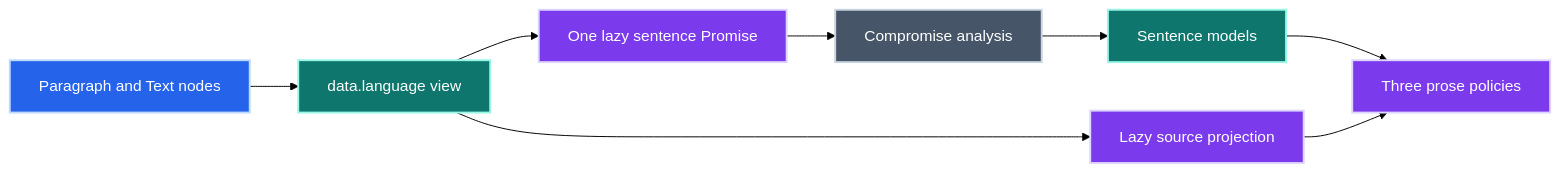
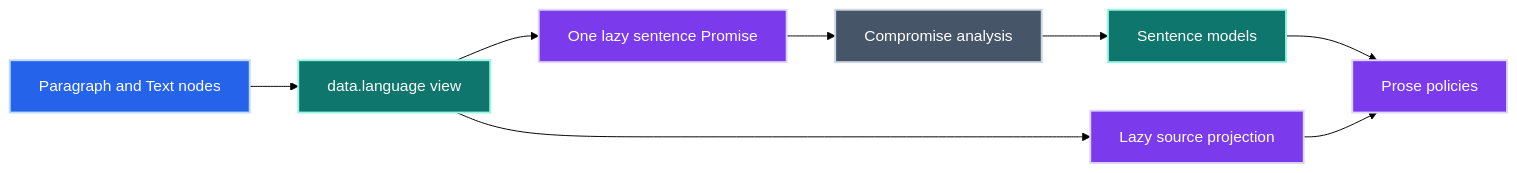
The second of 5 diagrams in ARCHITECTURE.md (jpeakai/remark-lint-slopstopper), drawn with Mermaid (forest theme) before and after one commit. The commit also changed other lines of this file and 140 other files, not shown here.

````diff
--- a/ARCHITECTURE.md
+++ b/ARCHITECTURE.md
@@ -55,14 +64,14 @@
 ```mermaid
 flowchart LR
     AST[Paragraph and Text nodes]:::ingress --> View[data.language view]:::data
     View --> Projection[Lazy source projection]:::compute
     View --> Promise[One lazy sentence Promise]:::compute
     Promise --> NLP[Compromise analysis]:::infra
     NLP --> Sentences[Sentence models]:::data
-    Sentences --> Rules[Three prose policies]:::compute
+    Sentences --> Rules[Prose policies]:::compute
     Projection --> Rules
     classDef ingress fill:#2563eb,stroke:#bfdbfe,color:#ffffff,stroke-width:2px
     classDef compute fill:#7c3aed,stroke:#ddd6fe,color:#ffffff,stroke-width:2px
     classDef data fill:#0f766e,stroke:#99f6e4,color:#ffffff,stroke-width:2px
     classDef infra fill:#475569,stroke:#cbd5e1,color:#ffffff,stroke-width:2px
 ```
````
